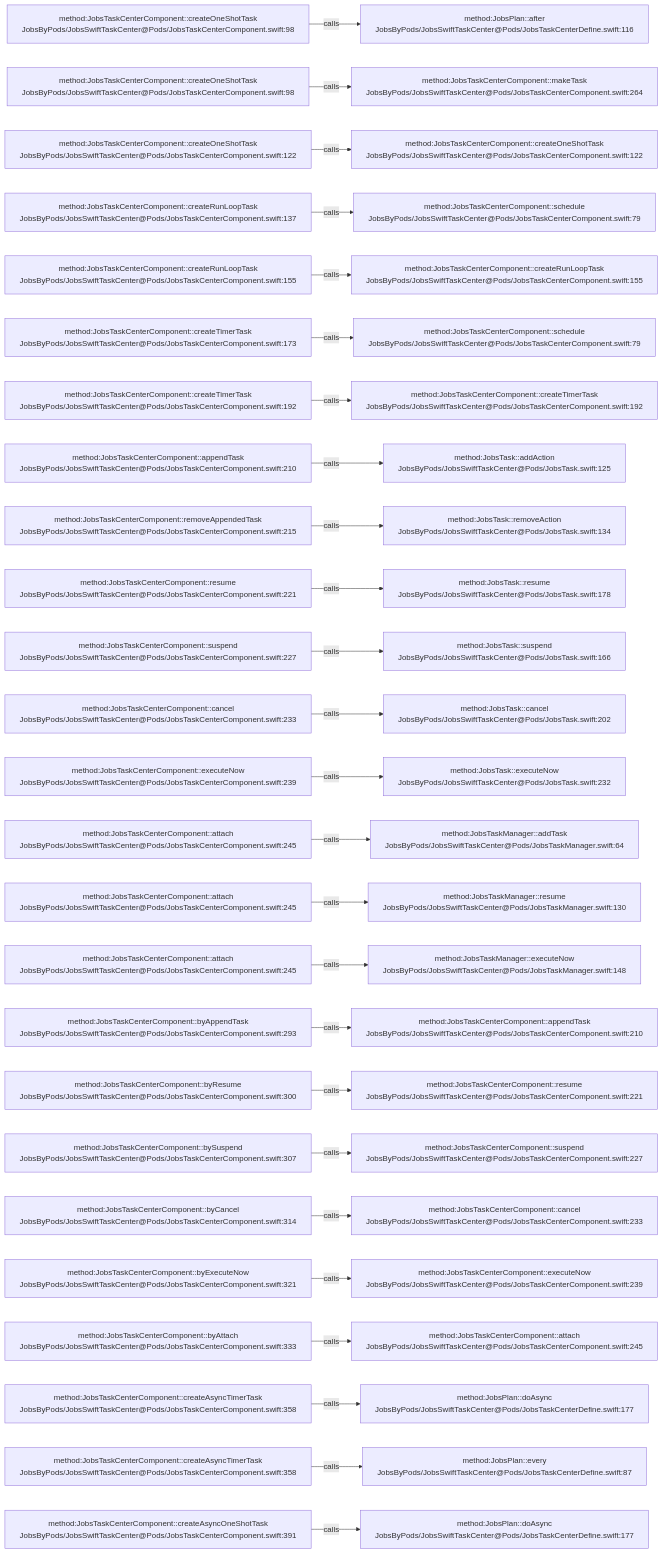
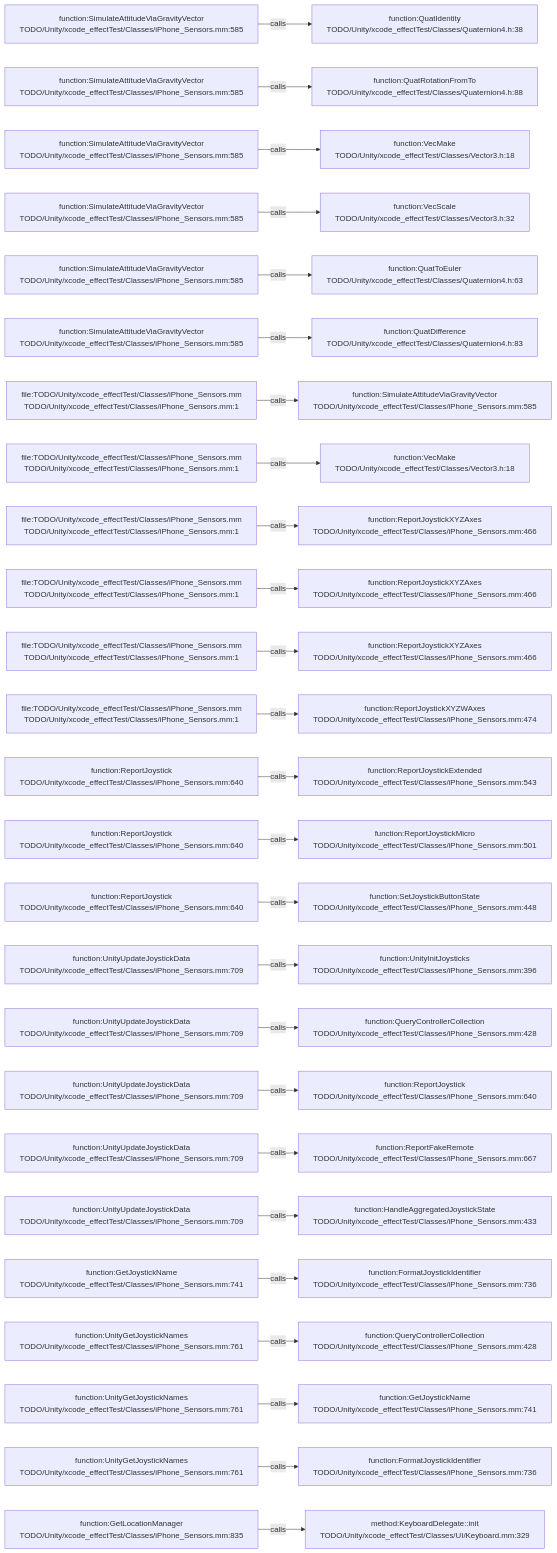
The diagram in .codegraph/codegraph.md/graphs/calls-053.md (JobsKits/JobsSwiftBaseConfigDemo), drawn with Mermaid before and after one commit. The commit also changed 227 other files, not shown here.

````diff
--- a/.codegraph/codegraph.md/graphs/calls-053.md
+++ b/.codegraph/codegraph.md/graphs/calls-053.md
@@ -13,78 +13,78 @@
 ```mermaid
 flowchart LR
-  S1["method:JobsTaskCenterComponent::createOneShotTask<br/>JobsByPods/JobsSwiftTaskCenter@Pods/JobsTaskCenterComponent.swift:98"]
-  T1["method:JobsPlan::after<br/>JobsByPods/JobsSwiftTaskCenter@Pods/JobsTaskCenterDefine.swift:116"]
+  S1["function:SimulateAttitudeViaGravityVector<br/>TODO/Unity/xcode_effectTest/Classes/iPhone_Sensors.mm:585"]
+  T1["function:QuatIdentity<br/>TODO/Unity/xcode_effectTest/Classes/Quaternion4.h:38"]
   S1 -->|calls| T1
-  S2["method:JobsTaskCenterComponent::createOneShotTask<br/>JobsByPods/JobsSwiftTaskCenter@Pods/JobsTaskCenterComponent.swift:98"]
-  T2["method:JobsTaskCenterComponent::makeTask<br/>JobsByPods/JobsSwiftTaskCenter@Pods/JobsTaskCenterComponent.swift:264"]
+  S2["function:SimulateAttitudeViaGravityVector<br/>TODO/Unity/xcode_effectTest/Classes/iPhone_Sensors.mm:585"]
+  T2["function:QuatRotationFromTo<br/>TODO/Unity/xcode_effectTest/Classes/Quaternion4.h:88"]
   S2 -->|calls| T2
-  S3["method:JobsTaskCenterComponent::createOneShotTask<br/>JobsByPods/JobsSwiftTaskCenter@Pods/JobsTaskCenterComponent.swift:122"]
-  T3["method:JobsTaskCenterComponent::createOneShotTask<br/>JobsByPods/JobsSwiftTaskCenter@Pods/JobsTaskCenterComponent.swift:122"]
+  S3["function:SimulateAttitudeViaGravityVector<br/>TODO/Unity/xcode_effectTest/Classes/iPhone_Sensors.mm:585"]
+  T3["function:VecMake<br/>TODO/Unity/xcode_effectTest/Classes/Vector3.h:18"]
   S3 -->|calls| T3
-  S4["method:JobsTaskCenterComponent::createRunLoopTask<br/>JobsByPods/JobsSwiftTaskCenter@Pods/JobsTaskCenterComponent.swift:137"]
-  T4["method:JobsTaskCenterComponent::schedule<br/>JobsByPods/JobsSwiftTaskCenter@Pods/JobsTaskCenterComponent.swift:79"]
+  S4["function:SimulateAttitudeViaGravityVector<br/>TODO/Unity/xcode_effectTest/Classes/iPhone_Sensors.mm:585"]
+  T4["function:VecScale<br/>TODO/Unity/xcode_effectTest/Classes/Vector3.h:32"]
   S4 -->|calls| T4
-  S5["method:JobsTaskCenterComponent::createRunLoopTask<br/>JobsByPods/JobsSwiftTaskCenter@Pods/JobsTaskCenterComponent.swift:155"]
-  T5["method:JobsTaskCenterComponent::createRunLoopTask<br/>JobsByPods/JobsSwiftTaskCenter@Pods/JobsTaskCenterComponent.swift:155"]
+  S5["function:SimulateAttitudeViaGravityVector<br/>TODO/Unity/xcode_effectTest/Classes/iPhone_Sensors.mm:585"]
+  T5["function:QuatToEuler<br/>TODO/Unity/xcode_effectTest/Classes/Quaternion4.h:63"]
   S5 -->|calls| T5
-  S6["method:JobsTaskCenterComponent::createTimerTask<br/>JobsByPods/JobsSwiftTaskCenter@Pods/JobsTaskCenterComponent.swift:173"]
-  T6["method:JobsTaskCenterComponent::schedule<br/>JobsByPods/JobsSwiftTaskCenter@Pods/JobsTaskCenterComponent.swift:79"]
+  S6["function:SimulateAttitudeViaGravityVector<br/>TODO/Unity/xcode_effectTest/Classes/iPhone_Sensors.mm:585"]
+  T6["function:QuatDifference<br/>TODO/Unity/xcode_effectTest/Classes/Quaternion4.h:83"]
   S6 -->|calls| T6
-  S7["method:JobsTaskCenterComponent::createTimerTask<br/>JobsByPods/JobsSwiftTaskCenter@Pods/JobsTaskCenterComponent.swift:192"]
-  T7["method:JobsTaskCenterComponent::createTimerTask<br/>JobsByPods/JobsSwiftTaskCenter@Pods/JobsTaskCenterComponent.swift:192"]
+  S7["file:TODO/Unity/xcode_effectTest/Classes/iPhone_Sensors.mm<br/>TODO/Unity/xcode_effectTest/Classes/iPhone_Sensors.mm:1"]
+  T7["function:SimulateAttitudeViaGravityVector<br/>TODO/Unity/xcode_effectTest/Classes/iPhone_Sensors.mm:585"]
   S7 -->|calls| T7
-  S8["method:JobsTaskCenterComponent::appendTask<br/>JobsByPods/JobsSwiftTaskCenter@Pods/JobsTaskCenterComponent.swift:210"]
-  T8["method:JobsTask::addAction<br/>JobsByPods/JobsSwiftTaskCenter@Pods/JobsTask.swift:125"]
+  S8["file:TODO/Unity/xcode_effectTest/Classes/iPhone_Sensors.mm<br/>TODO/Unity/xcode_effectTest/Classes/iPhone_Sensors.mm:1"]
+  T8["function:VecMake<br/>TODO/Unity/xcode_effectTest/Classes/Vector3.h:18"]
   S8 -->|calls| T8
-  S9["method:JobsTaskCenterComponent::removeAppendedTask<br/>JobsByPods/JobsSwiftTaskCenter@Pods/JobsTaskCenterComponent.swift:215"]
-  T9["method:JobsTask::removeAction<br/>JobsByPods/JobsSwiftTaskCenter@Pods/JobsTask.swift:134"]
+  S9["file:TODO/Unity/xcode_effectTest/Classes/iPhone_Sensors.mm<br/>TODO/Unity/xcode_effectTest/Classes/iPhone_Sensors.mm:1"]
+  T9["function:ReportJoystickXYZAxes<br/>TODO/Unity/xcode_effectTest/Classes/iPhone_Sensors.mm:466"]
   S9 -->|calls| T9
-  S10["method:JobsTaskCenterComponent::resume<br/>JobsByPods/JobsSwiftTaskCenter@Pods/JobsTaskCenterComponent.swift:221"]
-  T10["method:JobsTask::resume<br/>JobsByPods/JobsSwiftTaskCenter@Pods/JobsTask.swift:178"]
+  S10["file:TODO/Unity/xcode_effectTest/Classes/iPhone_Sensors.mm<br/>TODO/Unity/xcode_effectTest/Classes/iPhone_Sensors.mm:1"]
+  T10["function:ReportJoystickXYZAxes<br/>TODO/Unity/xcode_effectTest/Classes/iPhone_Sensors.mm:466"]
   S10 -->|calls| T10
-  S11["method:JobsTaskCenterComponent::suspend<br/>JobsByPods/JobsSwiftTaskCenter@Pods/JobsTaskCenterComponent.swift:227"]
-  T11["method:JobsTask::suspend<br/>JobsByPods/JobsSwiftTaskCenter@Pods/JobsTask.swift:166"]
+  S11["file:TODO/Unity/xcode_effectTest/Classes/iPhone_Sensors.mm<br/>TODO/Unity/xcode_effectTest/Classes/iPhone_Sensors.mm:1"]
+  T11["function:ReportJoystickXYZAxes<br/>TODO/Unity/xcode_effectTest/Classes/iPhone_Sensors.mm:466"]
   S11 -->|calls| T11
-  S12["method:JobsTaskCenterComponent::cancel<br/>JobsByPods/JobsSwiftTaskCenter@Pods/JobsTaskCenterComponent.swift:233"]
-  T12["method:JobsTask::cancel<br/>JobsByPods/JobsSwiftTaskCenter@Pods/JobsTask.swift:202"]
+  S12["file:TODO/Unity/xcode_effectTest/Classes/iPhone_Sensors.mm<br/>TODO/Unity/xcode_effectTest/Classes/iPhone_Sensors.mm:1"]
+  T12["function:ReportJoystickXYZWAxes<br/>TODO/Unity/xcode_effectTest/Classes/iPhone_Sensors.mm:474"]
   S12 -->|calls| T12
-  S13["method:JobsTaskCenterComponent::executeNow<br/>JobsByPods/JobsSwiftTaskCenter@Pods/JobsTaskCenterComponent.swift:239"]
-  T13["method:JobsTask::executeNow<br/>JobsByPods/JobsSwiftTaskCenter@Pods/JobsTask.swift:232"]
+  S13["function:ReportJoystick<br/>TODO/Unity/xcode_effectTest/Classes/iPhone_Sensors.mm:640"]
+  T13["function:ReportJoystickExtended<br/>TODO/Unity/xcode_effectTest/Classes/iPhone_Sensors.mm:543"]
   S13 -->|calls| T13
-  S14["method:JobsTaskCenterComponent::attach<br/>JobsByPods/JobsSwiftTaskCenter@Pods/JobsTaskCenterComponent.swift:245"]
-  T14["method:JobsTaskManager::addTask<br/>JobsByPods/JobsSwiftTaskCenter@Pods/JobsTaskManager.swift:64"]
+  S14["function:ReportJoystick<br/>TODO/Unity/xcode_effectTest/Classes/iPhone_Sensors.mm:640"]
+  T14["function:ReportJoystickMicro<br/>TODO/Unity/xcode_effectTest/Classes/iPhone_Sensors.mm:501"]
   S14 -->|calls| T14
-  S15["method:JobsTaskCenterComponent::attach<br/>JobsByPods/JobsSwiftTaskCenter@Pods/JobsTaskCenterComponent.swift:245"]
-  T15["method:JobsTaskManager::resume<br/>JobsByPods/JobsSwiftTaskCenter@Pods/JobsTaskManager.swift:130"]
+  S15["function:ReportJoystick<br/>TODO/Unity/xcode_effectTest/Classes/iPhone_Sensors.mm:640"]
+  T15["function:SetJoystickButtonState<br/>TODO/Unity/xcode_effectTest/Classes/iPhone_Sensors.mm:448"]
   S15 -->|calls| T15
-  S16["method:JobsTaskCenterComponent::attach<br/>JobsByPods/JobsSwiftTaskCenter@Pods/JobsTaskCenterComponent.swift:245"]
-  T16["method:JobsTaskManager::executeNow<br/>JobsByPods/JobsSwiftTaskCenter@Pods/JobsTaskManager.swift:148"]
+  S16["function:UnityUpdateJoystickData<br/>TODO/Unity/xcode_effectTest/Classes/iPhone_Sensors.mm:709"]
+  T16["function:UnityInitJoysticks<br/>TODO/Unity/xcode_effectTest/Classes/iPhone_Sensors.mm:396"]
   S16 -->|calls| T16
-  S17["method:JobsTaskCenterComponent::byAppendTask<br/>JobsByPods/JobsSwiftTaskCenter@Pods/JobsTaskCenterComponent.swift:293"]
-  T17["method:JobsTaskCenterComponent::appendTask<br/>JobsByPods/JobsSwiftTaskCenter@Pods/JobsTaskCenterComponent.swift:210"]
+  S17["function:UnityUpdateJoystickData<br/>TODO/Unity/xcode_effectTest/Classes/iPhone_Sensors.mm:709"]
+  T17["function:QueryControllerCollection<br/>TODO/Unity/xcode_effectTest/Classes/iPhone_Sensors.mm:428"]
   S17 -->|calls| T17
-  S18["method:JobsTaskCenterComponent::byResume<br/>JobsByPods/JobsSwiftTaskCenter@Pods/JobsTaskCenterComponent.swift:300"]
-  T18["method:JobsTaskCenterComponent::resume<br/>JobsByPods/JobsSwiftTaskCenter@Pods/JobsTaskCenterComponent.swift:221"]
+  S18["function:UnityUpdateJoystickData<br/>TODO/Unity/xcode_effectTest/Classes/iPhone_Sensors.mm:709"]
+  T18["function:ReportJoystick<br/>TODO/Unity/xcode_effectTest/Classes/iPhone_Sensors.mm:640"]
   S18 -->|calls| T18
-  S19["method:JobsTaskCenterComponent::bySuspend<br/>JobsByPods/JobsSwiftTaskCenter@Pods/JobsTaskCenterComponent.swift:307"]
-  T19["method:JobsTaskCenterComponent::suspend<br/>JobsByPods/JobsSwiftTaskCenter@Pods/JobsTaskCenterComponent.swift:227"]
+  S19["function:UnityUpdateJoystickData<br/>TODO/Unity/xcode_effectTest/Classes/iPhone_Sensors.mm:709"]
+  T19["function:ReportFakeRemote<br/>TODO/Unity/xcode_effectTest/Classes/iPhone_Sensors.mm:667"]
   S19 -->|calls| T19
-  S20["method:JobsTaskCenterComponent::byCancel<br/>JobsByPods/JobsSwiftTaskCenter@Pods/JobsTaskCenterComponent.swift:314"]
-  T20["method:JobsTaskCenterComponent::cancel<br/>JobsByPods/JobsSwiftTaskCenter@Pods/JobsTaskCenterComponent.swift:233"]
+  S20["function:UnityUpdateJoystickData<br/>TODO/Unity/xcode_effectTest/Classes/iPhone_Sensors.mm:709"]
+  T20["function:HandleAggregatedJoystickState<br/>TODO/Unity/xcode_effectTest/Classes/iPhone_Sensors.mm:433"]
   S20 -->|calls| T20
-  S21["method:JobsTaskCenterComponent::byExecuteNow<br/>JobsByPods/JobsSwiftTaskCenter@Pods/JobsTaskCenterComponent.swift:321"]
-  T21["method:JobsTaskCenterComponent::executeNow<br/>JobsByPods/JobsSwiftTaskCenter@Pods/JobsTaskCenterComponent.swift:239"]
+  S21["function:GetJoystickName<br/>TODO/Unity/xcode_effectTest/Classes/iPhone_Sensors.mm:741"]
+  T21["function:FormatJoystickIdentifier<br/>TODO/Unity/xcode_effectTest/Classes/iPhone_Sensors.mm:736"]
   S21 -->|calls| T21
-  S22["method:JobsTaskCenterComponent::byAttach<br/>JobsByPods/JobsSwiftTaskCenter@Pods/JobsTaskCenterComponent.swift:333"]
-  T22["method:JobsTaskCenterComponent::attach<br/>JobsByPods/JobsSwiftTaskCenter@Pods/JobsTaskCenterComponent.swift:245"]
+  S22["function:UnityGetJoystickNames<br/>TODO/Unity/xcode_effectTest/Classes/iPhone_Sensors.mm:761"]
+  T22["function:QueryControllerCollection<br/>TODO/Unity/xcode_effectTest/Classes/iPhone_Sensors.mm:428"]
   S22 -->|calls| T22
-  S23["method:JobsTaskCenterComponent::createAsyncTimerTask<br/>JobsByPods/JobsSwiftTaskCenter@Pods/JobsTaskCenterComponent.swift:358"]
-  T23["method:JobsPlan::doAsync<br/>JobsByPods/JobsSwiftTaskCenter@Pods/JobsTaskCenterDefine.swift:177"]
+  S23["function:UnityGetJoystickNames<br/>TODO/Unity/xcode_effectTest/Classes/iPhone_Sensors.mm:761"]
+  T23["function:GetJoystickName<br/>TODO/Unity/xcode_effectTest/Classes/iPhone_Sensors.mm:741"]
   S23 -->|calls| T23
-  S24["method:JobsTaskCenterComponent::createAsyncTimerTask<br/>JobsByPods/JobsSwiftTaskCenter@Pods/JobsTaskCenterComponent.swift:358"]
-  T24["method:JobsPlan::every<br/>JobsByPods/JobsSwiftTaskCenter@Pods/JobsTaskCenterDefine.swift:87"]
+  S24["function:UnityGetJoystickNames<br/>TODO/Unity/xcode_effectTest/Classes/iPhone_Sensors.mm:761"]
+  T24["function:FormatJoystickIdentifier<br/>TODO/Unity/xcode_effectTest/Classes/iPhone_Sensors.mm:736"]
   S24 -->|calls| T24
-  S25["method:JobsTaskCenterComponent::createAsyncOneShotTask<br/>JobsByPods/JobsSwiftTaskCenter@Pods/JobsTaskCenterComponent.swift:391"]
-  T25["method:JobsPlan::doAsync<br/>JobsByPods/JobsSwiftTaskCenter@Pods/JobsTaskCenterDefine.swift:177"]
+  S25["function:GetLocationManager<br/>TODO/Unity/xcode_effectTest/Classes/iPhone_Sensors.mm:835"]
+  T25["method:KeyboardDelegate::init<br/>TODO/Unity/xcode_effectTest/Classes/UI/Keyboard.mm:329"]
   S25 -->|calls| T25
 ```
````
